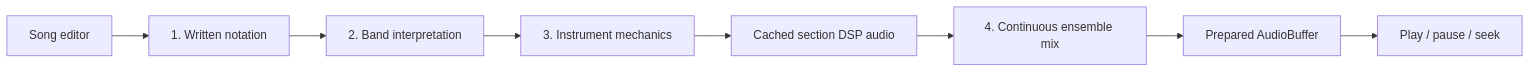
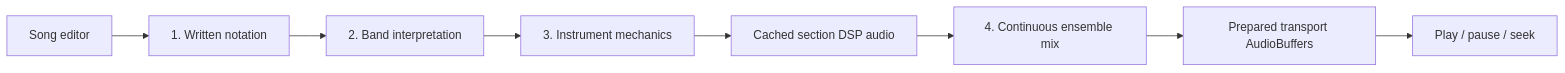
One commit to mixgenres/mixgenres.github.io changed the diagram in docs/engine-pipeline.md. Above: the diagram before and after it, drawn with Mermaid. The commit also changed other lines of this file and 195 other files, not shown here.

````diff
--- a/docs/engine-pipeline.md
+++ b/docs/engine-pipeline.md
@@ -5,10 +5,10 @@
 ```mermaid
 flowchart LR
   UI[Song editor] --> N[1. Written notation]
   N --> B[2. Band interpretation]
   B --> P[3. Instrument mechanics]
   P --> S[Cached section DSP audio]
   S --> M[4. Continuous ensemble mix]
-  M --> A[Prepared AudioBuffer]
+  M --> A[Prepared transport AudioBuffers]
   A --> T[Play / pause / seek]
 ```
````
